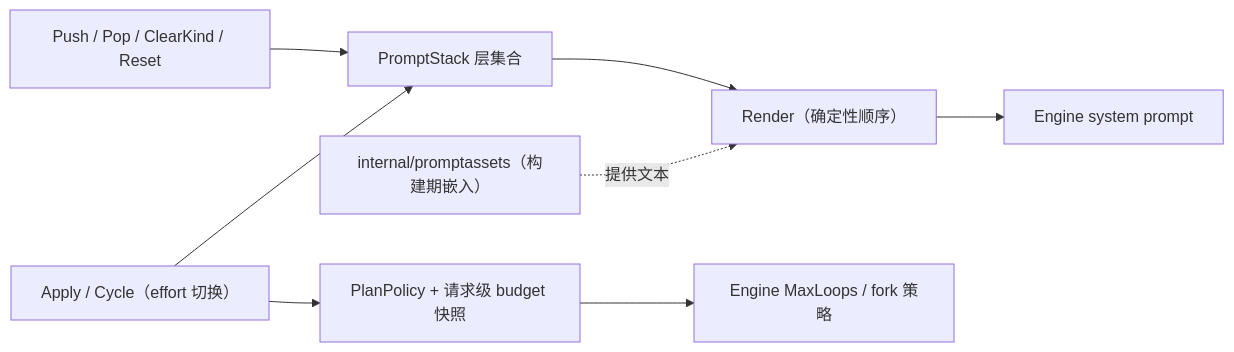
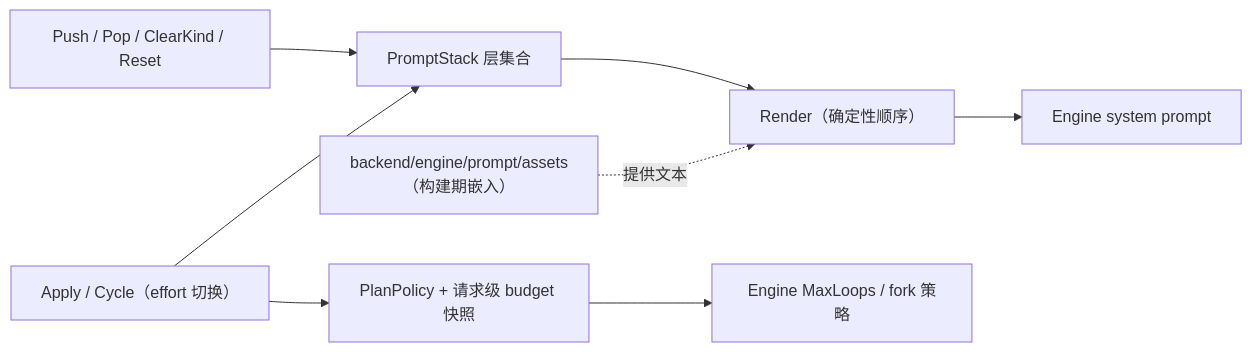
Before and after one commit to RedHuang-0622/seelex: the second of 2 diagrams in application/prompt/README.md, drawn with Mermaid. The commit also changed other lines of this file and 30 other files, not shown here.

First line of the commit message:
refactor(arch): M5-R7h internal/promptassets 归位 backend/engine/prompt/assets（plan §2.5）

````diff
--- a/application/prompt/README.md
+++ b/application/prompt/README.md
@@ -47,10 +47,10 @@
 ```mermaid
 flowchart LR
     OP["Push / Pop / ClearKind / Reset"] --> STACK["PromptStack 层集合"]
     EFFORT["Apply / Cycle（effort 切换）"] --> STACK
     EFFORT --> POLICY["PlanPolicy + 请求级 budget 快照"]
     STACK --> RENDER["Render（确定性顺序）"]
     RENDER --> ENGINE["Engine system prompt"]
     POLICY --> ENGINEPOLICY["Engine MaxLoops / fork 策略"]
-    ASSETS["internal/promptassets（构建期嵌入）"] -.->|提供文本| RENDER
+    ASSETS["backend/engine/prompt/assets（构建期嵌入）"] -.->|提供文本| RENDER
 ```
````
